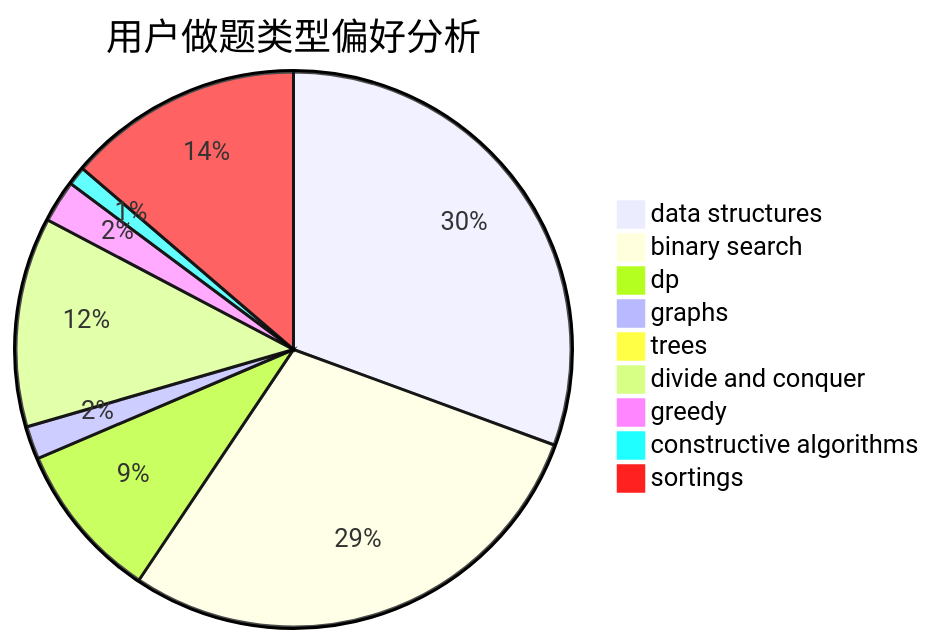
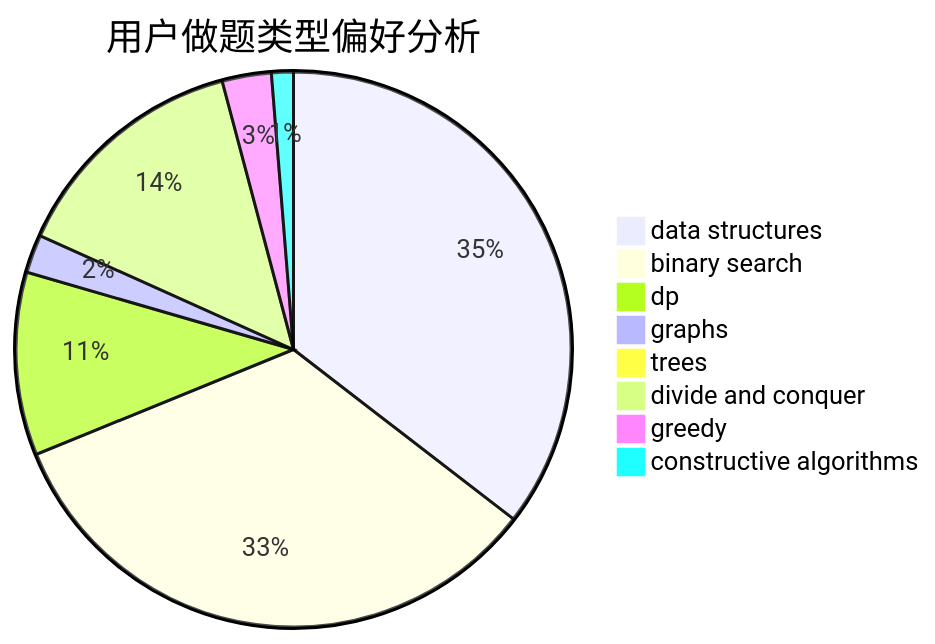
Before and after one commit to sherpahu/cfrs.github.io: the second of 3 diagrams in docs/user/u2422.md, drawn with Mermaid. The commit also changed other lines of this file and 2769 other files, not shown here.

````diff
--- a/docs/user/u2422.md
+++ b/docs/user/u2422.md
@@ -18,12 +18,11 @@
 ```mermaid
 pie title 用户做题类型偏好分析
     "data structures" :  223
     "binary search" :  210
     "dp" :  67
     "graphs" :  14
     "trees" :  3
     "divide and conquer" :  89
     "greedy" :  18
     "constructive algorithms" :  8
-    "sortings" :  100
 ```
````
